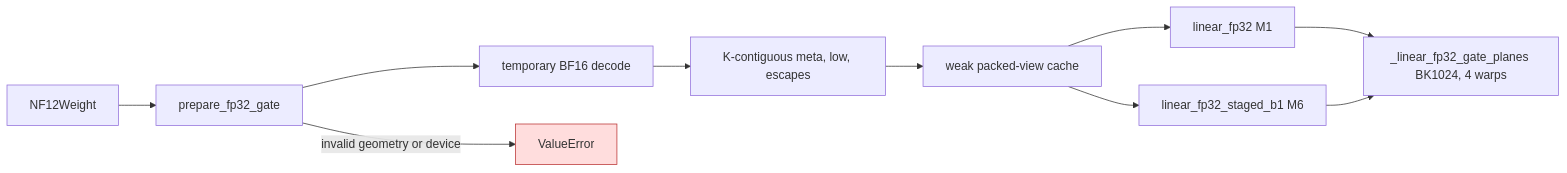
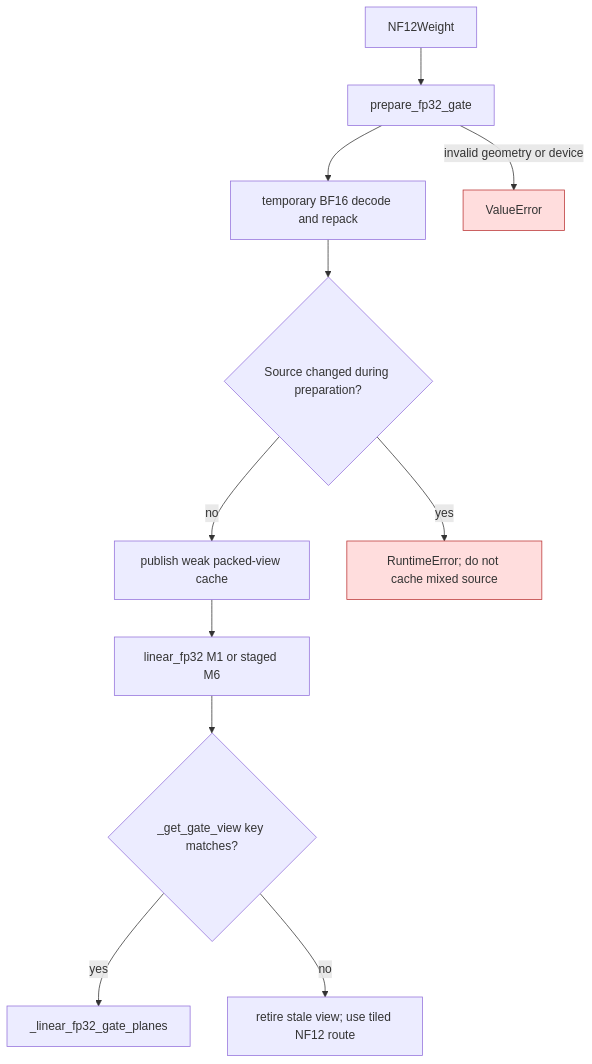
One commit to ModelCloud/GPTQModel changed the second of 3 diagrams in docs/nf12-staged-b1-projections.md. Above: the diagram before and after it, drawn with Mermaid. The commit also changed other lines of this file and 4 other files, not shown here.

Commit message:
fix(nf12): invalidate prepared gate view on source changes

````diff
--- a/docs/nf12-staged-b1-projections.md
+++ b/docs/nf12-staged-b1-projections.md
@@ -68,14 +71,16 @@
 ```mermaid
-flowchart LR
+flowchart TD
     A["NF12Weight"] --> B["prepare_fp32_gate"]
-    B --> C["temporary BF16 decode"]
-    C --> D["K-contiguous meta, low, escapes"]
-    D --> E["weak packed-view cache"]
-    E --> F["linear_fp32 M1"]
-    E --> G["linear_fp32_staged_b1 M6"]
-    F --> H["_linear_fp32_gate_planes BK1024, 4 warps"]
-    G --> H
-    B -->|invalid geometry or device| X["ValueError"]
+    B --> D["temporary BF16 decode and repack"]
+    D --> F{"Source changed during preparation?"}
+    F -- no --> E["publish weak packed-view cache"]
+    F -- yes --> X["RuntimeError; do not cache mixed source"]
+    E --> G["linear_fp32 M1 or staged M6"]
+    G --> H{"_get_gate_view key matches?"}
+    H -- yes --> I["_linear_fp32_gate_planes"]
+    H -- no --> J["retire stale view; use tiled NF12 route"]
+    B -->|invalid geometry or device| Y["ValueError"]
     X:::error
+    Y:::error
     classDef error fill:#fdd,stroke:#b33
 ```
````
